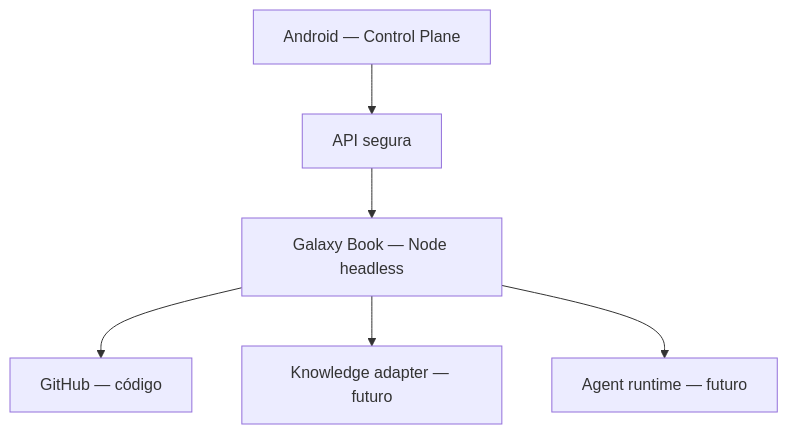
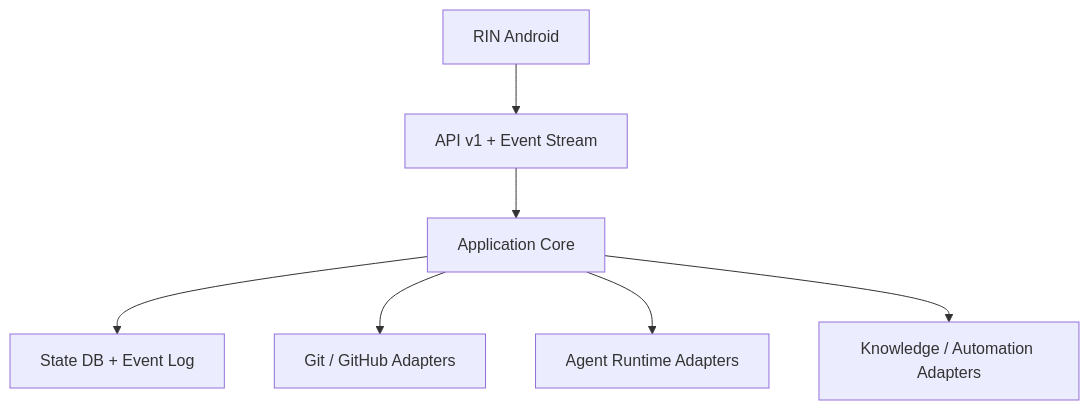
The diagram in docs/03-arquitetura-inicial.md (playertwo1/aiworkstation), drawn with Mermaid before and after one commit. The commit also changed other lines of this file, not shown here.

Commit message:
docs: consolidar arquitetura do nó headless

````diff
--- a/docs/03-arquitetura-inicial.md
+++ b/docs/03-arquitetura-inicial.md
@@ -5,8 +5,9 @@
 ```mermaid
 flowchart TD
-    A["Android — Control Plane"] --> B["API segura"]
-    B --> C["Galaxy Book — Node headless"]
-    C --> D["GitHub — código"]
-    C --> E["Knowledge adapter — futuro"]
-    C --> F["Agent runtime — futuro"]
+    A["RIN Android"] --> B["API v1 + Event Stream"]
+    B --> C["Application Core"]
+    C --> D["State DB + Event Log"]
+    C --> E["Git / GitHub Adapters"]
+    C --> F["Agent Runtime Adapters"]
+    C --> G["Knowledge / Automation Adapters"]
 ```
````
